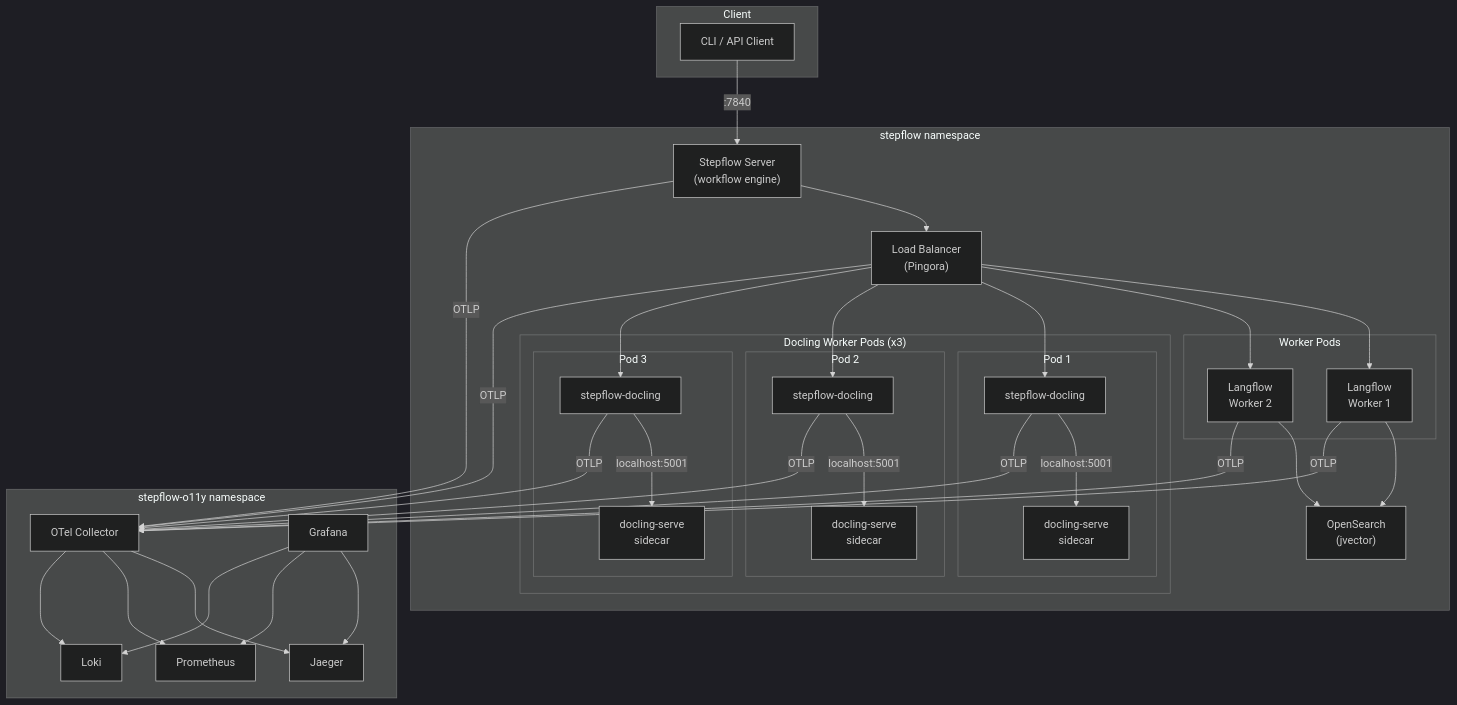
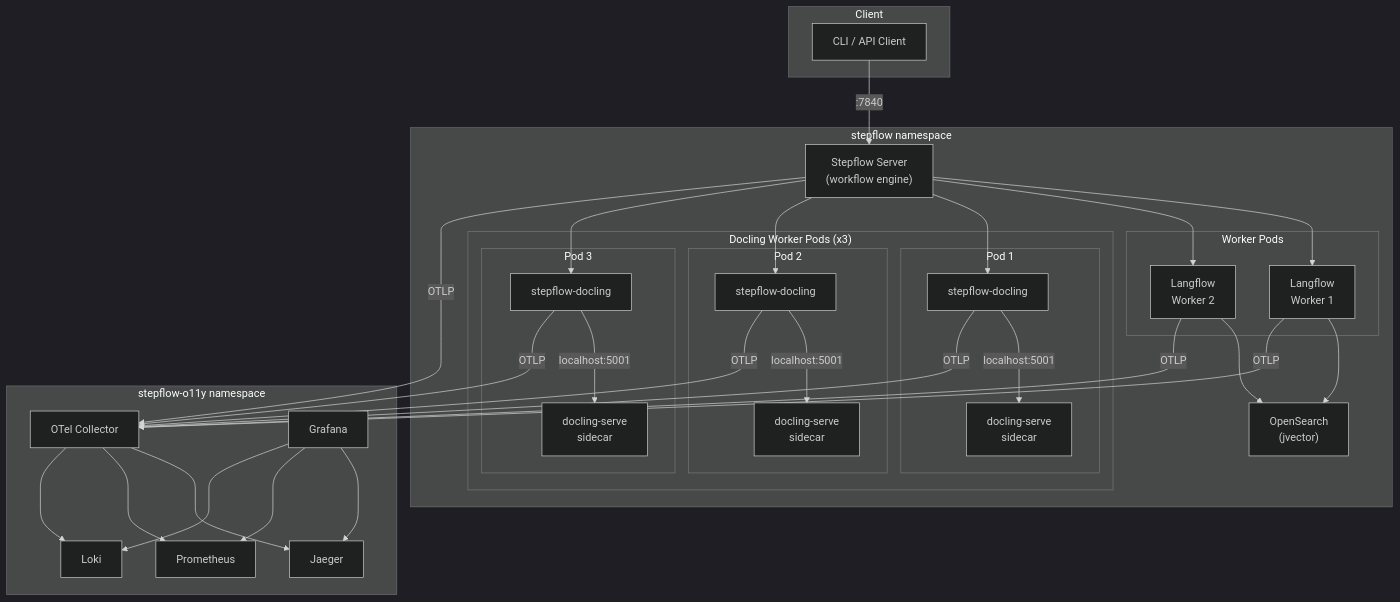
Before and after one commit to stepflow-ai/stepflow: the first of 3 diagrams in examples/production/k8s/README.md, drawn with Mermaid (dark theme). The commit also changed other lines of this file and 19 other files, not shown here.

First line of the commit message:
chore: Remove deprecated stepflow-docling example and load balancer references (#870)

````diff
--- a/examples/production/k8s/README.md
+++ b/examples/production/k8s/README.md
@@ -18,54 +17,52 @@
 ```mermaid
 flowchart TB
     subgraph client["Client"]
         CLI["CLI / API Client"]
     end
 
     subgraph stepflow["stepflow namespace"]
         Server["Stepflow Server<br/>(workflow engine)"]
-        LB["Load Balancer<br/>(Pingora)"]
 
         subgraph workers["Worker Pods"]
             LW1["Langflow<br/>Worker 1"]
             LW2["Langflow<br/>Worker 2"]
         end
 
         subgraph docling["Docling Worker Pods (x3)"]
             subgraph pod1["Pod 1"]
                 DC1["stepflow-docling"]
                 DS1["docling-serve<br/>sidecar"]
             end
             subgraph pod2["Pod 2"]
                 DC2["stepflow-docling"]
                 DS2["docling-serve<br/>sidecar"]
             end
             subgraph pod3["Pod 3"]
                 DC3["stepflow-docling"]
                 DS3["docling-serve<br/>sidecar"]
             end
         end
 
         OS["OpenSearch<br/>(jvector)"]
     end
 
     subgraph o11y["stepflow-o11y namespace"]
         OTEL["OTel Collector"]
         Jaeger["Jaeger"]
         Prometheus["Prometheus"]
         Loki["Loki"]
         Grafana["Grafana"]
     end
 
     CLI -->|":7840"| Server
-    Server --> LB
-    LB --> LW1 & LW2
-    LB --> DC1 & DC2 & DC3
+    Server --> LW1 & LW2
+    Server --> DC1 & DC2 & DC3
     DC1 -->|"localhost:5001"| DS1
     DC2 -->|"localhost:5001"| DS2
     DC3 -->|"localhost:5001"| DS3
     LW1 & LW2 --> OS
 
-    Server & LB & LW1 & LW2 & DC1 & DC2 & DC3 -->|"OTLP"| OTEL
+    Server & LW1 & LW2 & DC1 & DC2 & DC3 -->|"OTLP"| OTEL
     OTEL --> Jaeger & Prometheus & Loki
     Grafana --> Jaeger & Prometheus & Loki
 ```
````
